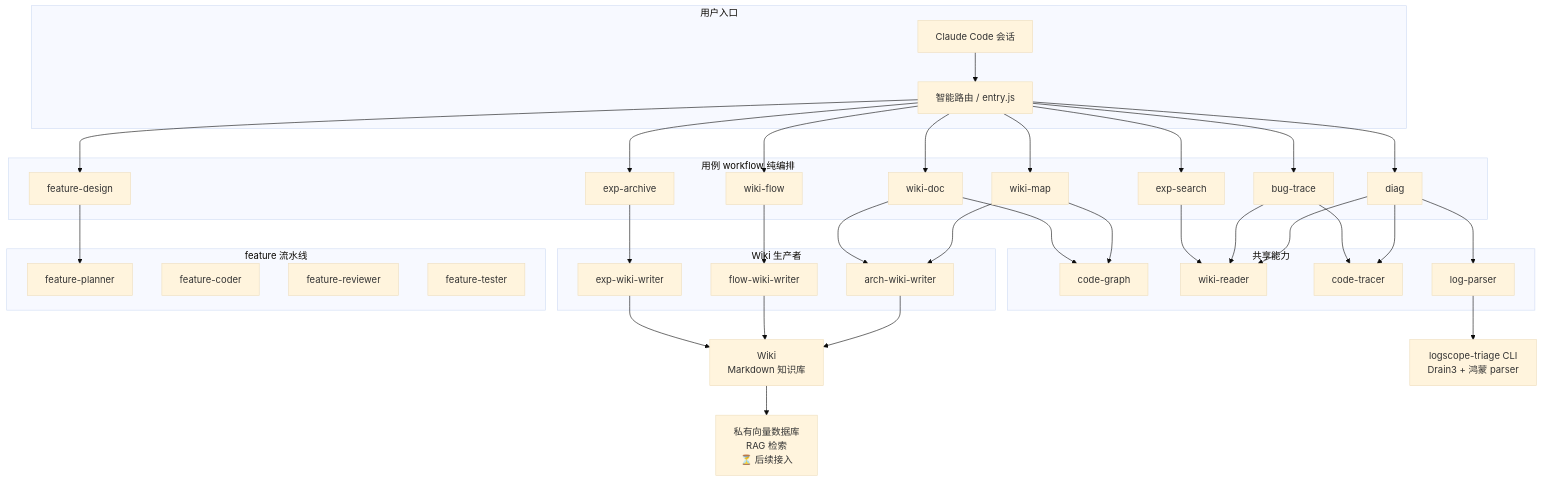
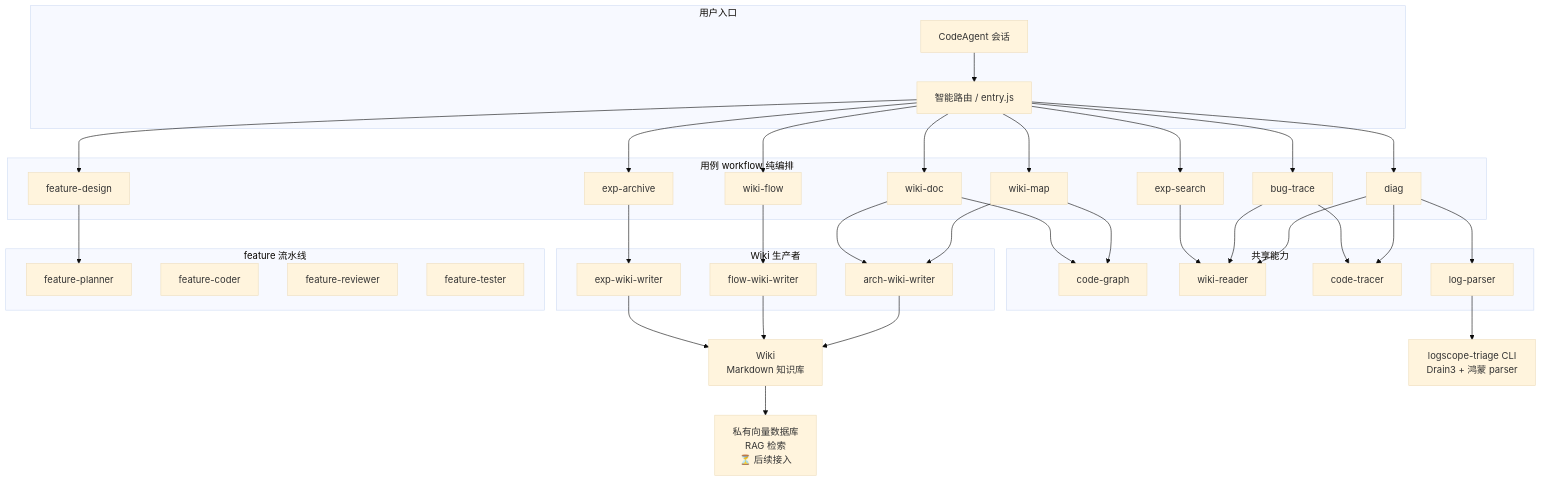
The diagram in README.md (astronautJack/HiAgent), drawn with Mermaid (base theme) before and after one commit. The commit also changed other lines of this file and 25 other files, not shown here.

Commit message:
CodeAgent 内网版：.claude→.cac, CLAUDE.md→AGENTS.md, claude→codeagent

````diff
--- a/README.md
+++ b/README.md
@@ -101,72 +101,72 @@
 ```mermaid
 flowchart TB
     subgraph UI[用户入口]
-        Sess[Claude Code 会话]
+        Sess[CodeAgent 会话]
         Entry["智能路由 / entry.js"]
     end
 
     subgraph WF[用例 workflow 纯编排]
         Diag[diag]
         BugT[bug-trace]
         FeatD[feature-design]
         WMap[wiki-map]
         WDoc[wiki-doc]
         WFlow[wiki-flow]
         ExpA[exp-archive]
         ExpS[exp-search]
     end
 
     subgraph CAP[共享能力]
         CG[code-graph]
         WR[wiki-reader]
         CT[code-tracer]
         LP[log-parser]
     end
 
     subgraph PROD[Wiki 生产者]
         AW[arch-wiki-writer]
         FW[flow-wiki-writer]
         EW[exp-wiki-writer]
     end
 
     subgraph FEAT[feature 流水线]
         FP[feature-planner]
         FC[feature-coder]
         FR[feature-reviewer]
         FT[feature-tester]
     end
 
     Wiki[Wiki<br/>Markdown 知识库]
     CLI["logscope-triage CLI<br/>Drain3 + 鸿蒙 parser"]
     ATH["私有向量数据库<br/>RAG 检索<br/>⏳ 后续接入"]
 
     Sess --> Entry
     Entry --> Diag
     Entry --> BugT
     Entry --> FeatD
     Entry --> WMap
     Entry --> WDoc
     Entry --> WFlow
     Entry --> ExpA
     Entry --> ExpS
 
     Diag --> LP
     Diag --> WR
     Diag --> CT
     BugT --> WR
     BugT --> CT
     FeatD --> FP
     WMap --> CG
     WMap --> AW
     WDoc --> CG
     WDoc --> AW
     WFlow --> FW
     ExpA --> EW
     ExpS --> WR
 
     AW --> Wiki
     FW --> Wiki
     EW --> Wiki
     LP --> CLI
     Wiki --> ATH
 ```
````
